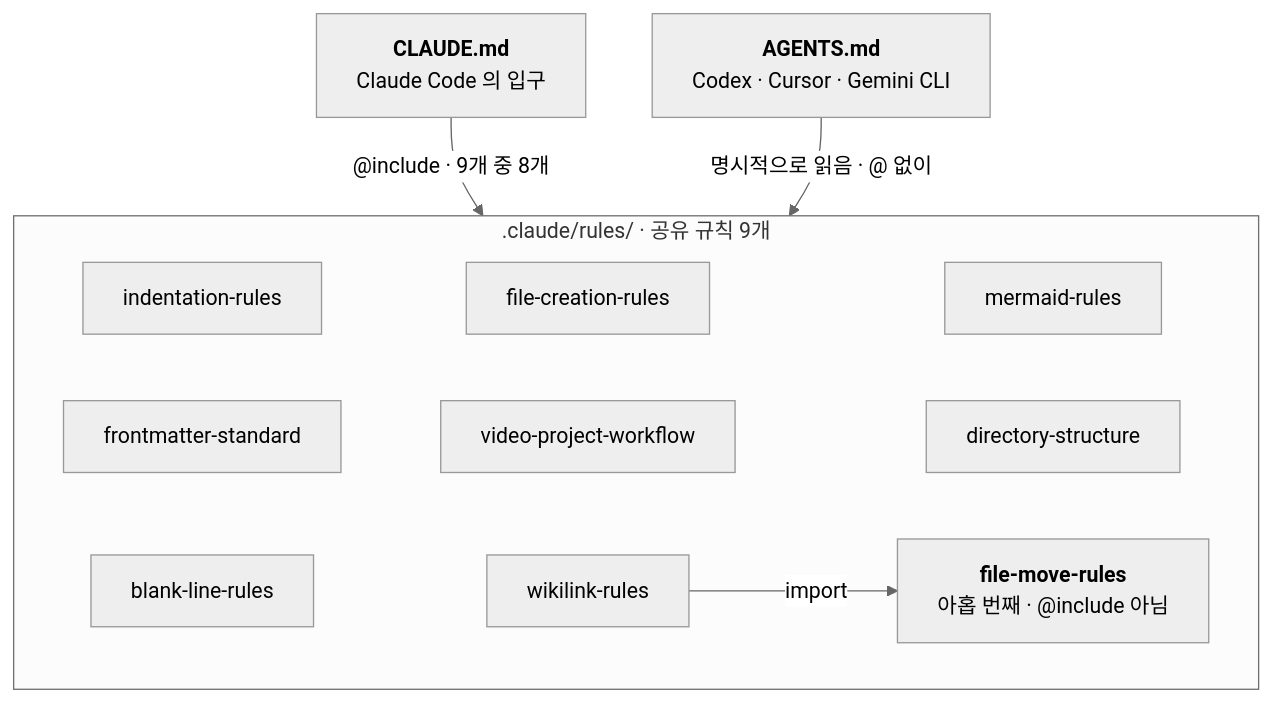
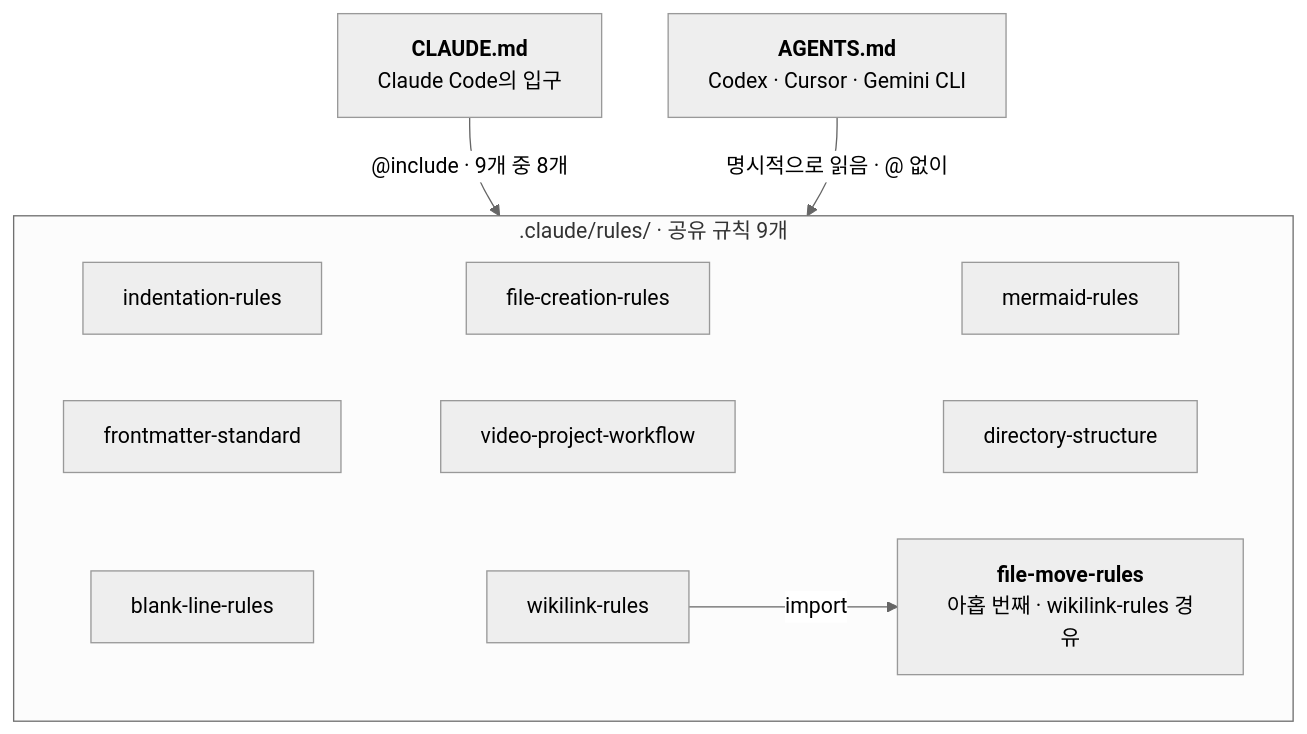
One commit to johnfkoo951/cmds-system-files changed the diagram in diagrams/src/rules-include-ko.md. Above: the diagram before and after it, drawn with Mermaid (neutral theme). The commit also changed other lines of this file and 20 other files, not shown here.

Commit message:
site: diagrams after reviewer pass (tighter labels, one-sentence captions, who-reads-what as flowchart) + copy refresh

````diff
--- a/diagrams/src/rules-include-ko.md
+++ b/diagrams/src/rules-include-ko.md
@@ -1,29 +1,29 @@
 ```mermaid
 flowchart TD
 %% @name: rules-include-ko
-%% @alt: CLAUDE.md 는 .claude/rules/ 의 공유 규칙 9개 중 8개를 @include 로 읽고, 아홉 번째 file-move-rules 는 wikilink-rules 안에서 import 되며, AGENTS.md 를 쓰는 Codex·Cursor·Gemini CLI 는 9개를 명시적으로 읽는다.
+%% @alt: CLAUDE.md는 .claude/rules/의 공유 규칙 9개 중 8개를 @include로 읽고, 아홉 번째 file-move-rules는 wikilink-rules 안에서 import되며, AGENTS.md를 쓰는 Codex·Cursor·Gemini CLI는 9개를 명시적으로 읽는다.
 %% @key: CL
 %% @aux: AG
   CL["`**CLAUDE.md**
-Claude Code 의 입구`"]
+Claude Code의 입구`"]
   AG["`**AGENTS.md**
 Codex · Cursor · Gemini CLI`"]
   subgraph FOLDER[".claude/rules/ · 공유 규칙 9개"]
     R1["indentation-rules"]
     R2["frontmatter-standard"]
     R4["blank-line-rules"]
     R5["file-creation-rules"]
     R6["video-project-workflow"]
     R3["wikilink-rules"]
     R7["mermaid-rules"]
     R8["directory-structure"]
     R9["`**file-move-rules**
-아홉 번째 · @include 아님`"]
+아홉 번째 · wikilink-rules 경유`"]
     R1 ~~~ R5 ~~~ R7
     R2 ~~~ R6 ~~~ R8
     R4 ~~~ R3
     R3 -->|"import"| R9
   end
   CL -->|"@include · 9개 중 8개"| FOLDER
   AG -->|"명시적으로 읽음 · @ 없이"| FOLDER
 ```
````
